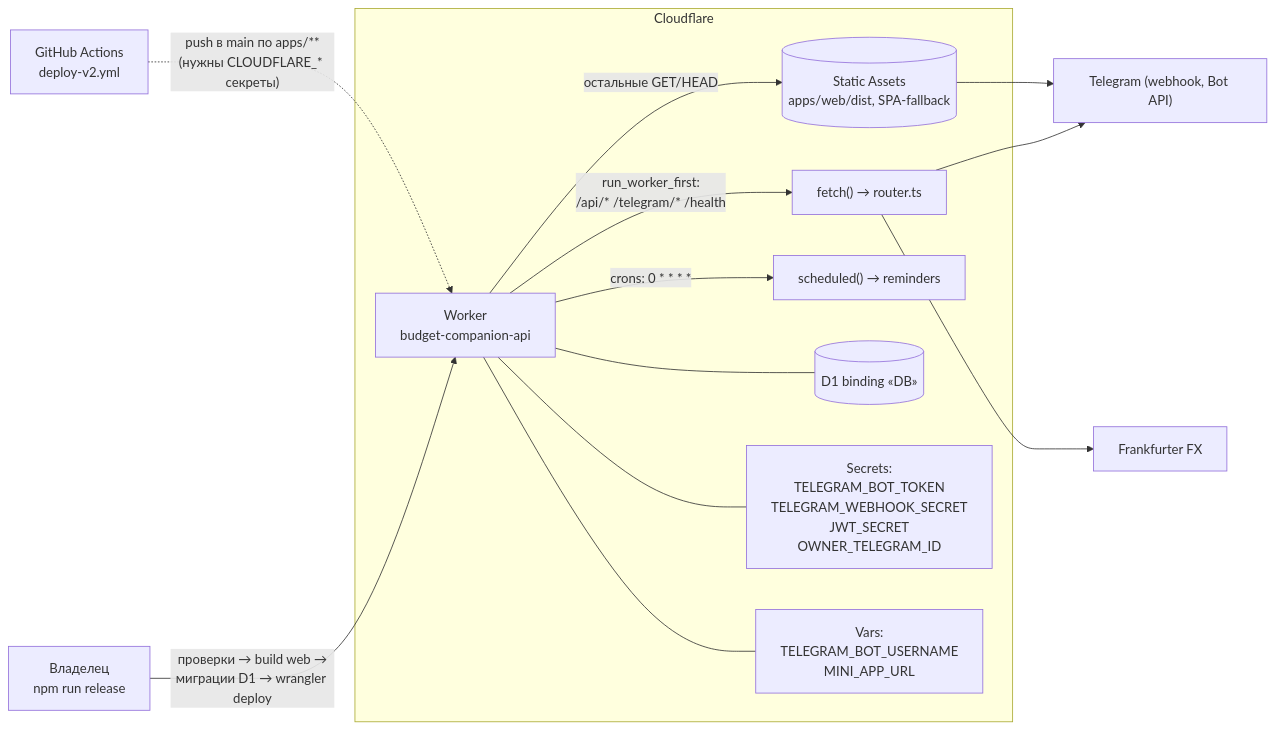
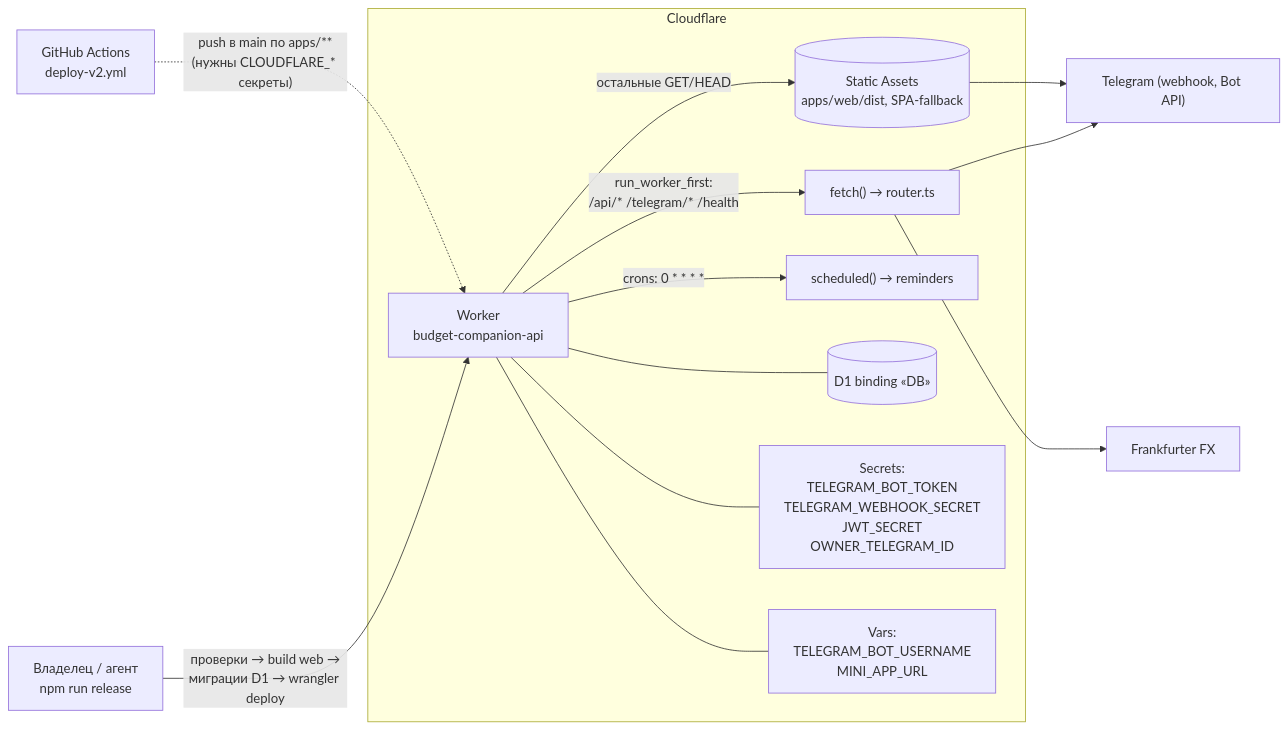
The third of 3 diagrams in docs/ARCHITECTURE.md (kaparuzfgh-netizen/budget-calculator), drawn with Mermaid before and after one commit. The commit also changed 1 other file, not shown here.

Commit message:
Правила: деплой выполняет агент сам через npm run release
Интерактивные wrangler login/logout и wrangler secret put — по-прежнему
владелец (браузерная авторизация и прод-секреты).

Generated with [Devin](https://devin.ai)

````diff
--- a/docs/ARCHITECTURE.md
+++ b/docs/ARCHITECTURE.md
@@ -185,17 +185,17 @@
 ```mermaid
 flowchart LR
-  DEV["Владелец<br/>npm run release"] -->|"проверки → build web →<br/>миграции D1 → wrangler deploy"| W
+  DEV["Владелец / агент<br/>npm run release"] -->|"проверки → build web →<br/>миграции D1 → wrangler deploy"| W
   subgraph CF["Cloudflare"]
     W["Worker<br/>budget-companion-api"]
     W -->|"run_worker_first:<br/>/api/* /telegram/* /health"| API["fetch() → router.ts"]
     W -->|"остальные GET/HEAD"| ST[("Static Assets<br/>apps/web/dist, SPA-fallback")]
     W -->|"crons: 0 * * * *"| CR["scheduled() → reminders"]
     W --- DB[("D1 binding «DB»")]
     W --- SECS["Secrets:<br/>TELEGRAM_BOT_TOKEN<br/>TELEGRAM_WEBHOOK_SECRET<br/>JWT_SECRET<br/>OWNER_TELEGRAM_ID"]
     W --- VARS["Vars:<br/>TELEGRAM_BOT_USERNAME<br/>MINI_APP_URL"]
   end
   API --> TG["Telegram (webhook, Bot API)"]
   ST --> TG
   API --> FR["Frankfurter FX"]
   CI["GitHub Actions<br/>deploy-v2.yml"] -.->|"push в main по apps/**<br/>(нужны CLOUDFLARE_* секреты)"| W
 ```
````
